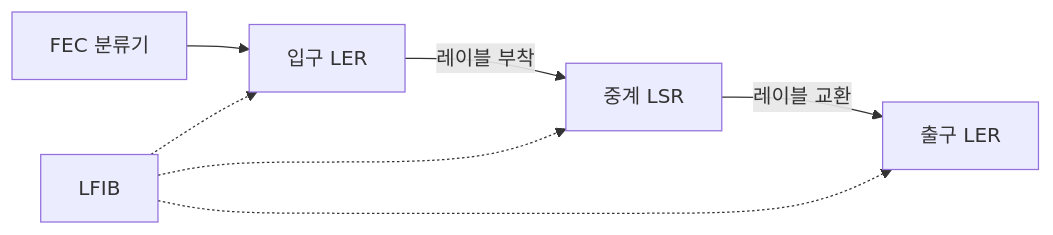
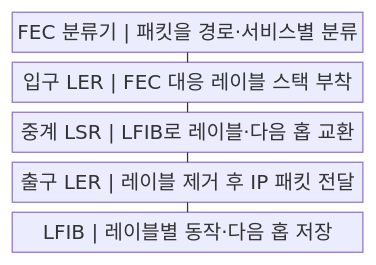
The first of 2 diagrams in src/content/docs/notes/04-network/013_mpls_label_switching.md (agnusdei1207/knowledge-base), drawn with Mermaid before and after one commit. The commit also changed other lines of this file and 20 other files, not shown here.

````diff
--- a/src/content/docs/notes/04-network/013_mpls_label_switching.md
+++ b/src/content/docs/notes/04-network/013_mpls_label_switching.md
@@ -58,10 +59,13 @@
 ```mermaid
-flowchart LR
-    F["FEC 분류기"] --> I["입구 LER"]
-    I -->|레이블 부착| T["중계 LSR"]
-    T -->|레이블 교환| E["출구 LER"]
-    L["LFIB"]
-    L -.-> I
-    L -.-> T
-    L -.-> E
+block
+    columns 1
+    A["FEC 분류기 | 패킷을 경로·서비스별 분류"]
+    B["입구 LER | FEC 대응 레이블 스택 부착"]
+    C["중계 LSR | LFIB로 레이블·다음 홉 교환"]
+    D["출구 LER | 레이블 제거 후 IP 패킷 전달"]
+    E["LFIB | 레이블별 동작·다음 홉 저장"]
+    A --- B
+    B --- C
+    C --- D
+    D --- E
 ```
````
